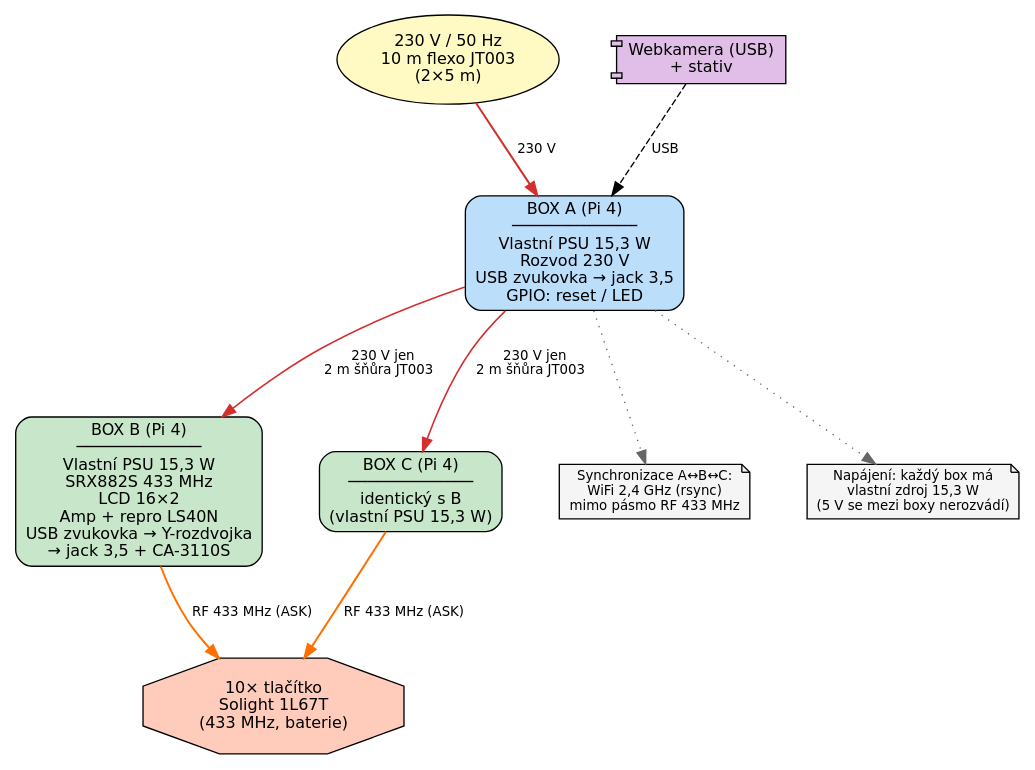
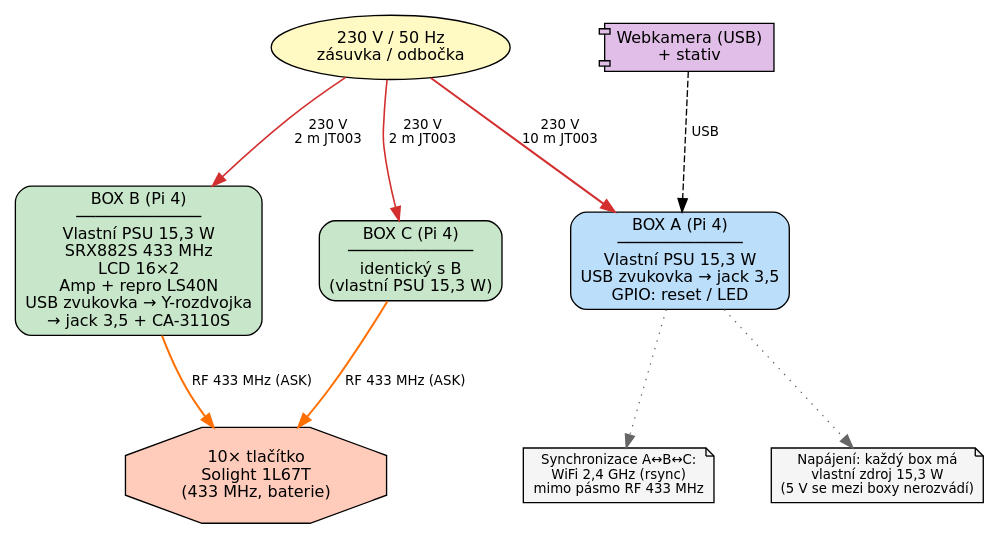
Before and after one commit to K0F/1938_ABC: the diagram in docs/dot/sch_01_system_block.dot, drawn with Graphviz. The commit also changed 8 other files, not shown here.

```diff
--- a/docs/dot/sch_01_system_block.dot
+++ b/docs/dot/sch_01_system_block.dot
@@ -1,32 +1,32 @@
 // SCH §1 — Blokové schéma systému
 digraph G {
     graph [fontname="DejaVu Sans" rankdir=TB bgcolor="white" nodesep=0.6 ranksep=0.8];
 node [fontname="DejaVu Sans" fontsize=12 style="filled"];
 edge [fontname="DejaVu Sans" fontsize=10];
 
 // 230V source
-net230v [label="230 V / 50 Hz\n10 m flexo JT003\n(2×5 m)" shape=oval fillcolor="#fff9c4"];
+net230v [label="230 V / 50 Hz\nzásuvka / odbočka" shape=oval fillcolor="#fff9c4"];
 
 // Boxes
-boxA [label="BOX A (Pi 4)\n─────────────\nVlastní PSU 15,3 W\nRozvod 230 V\nUSB zvukovka → jack 3,5\nGPIO: reset / LED" shape=box style="filled,rounded" fillcolor="#bbdefb"];
+boxA [label="BOX A (Pi 4)\n─────────────\nVlastní PSU 15,3 W\nUSB zvukovka → jack 3,5\nGPIO: reset / LED" shape=box style="filled,rounded" fillcolor="#bbdefb"];
 boxB [label="BOX B (Pi 4)\n─────────────\nVlastní PSU 15,3 W\nSRX882S 433 MHz\nLCD 16×2\nAmp + repro LS40N\nUSB zvukovka → Y-rozdvojka\n→ jack 3,5 + CA-3110S" shape=box style="filled,rounded" fillcolor="#c8e6c9"];
 boxC [label="BOX C (Pi 4)\n─────────────\nidentický s B\n(vlastní PSU 15,3 W)" shape=box style="filled,rounded" fillcolor="#c8e6c9"];
 
 // Peripherals
 webkamera [label="Webkamera (USB)\n+ stativ" shape=component fillcolor="#e1bee7"];
 tlačítka [label="10× tlačítko\nSolight 1L67T\n(433 MHz, baterie)" shape=octagon fillcolor="#ffccbc"];
 
-// Edges
-net230v -> boxA [label="  230 V  " color="#d32f2f" penwidth=1.5];
-boxA -> boxB [label="  230 V jen\n  2 m šňůra JT003  " color="#d32f2f" penwidth=1.2];
-boxA -> boxC [label="  230 V jen\n  2 m šňůra JT003  " color="#d32f2f" penwidth=1.2];
+// Edges — každý box jde do zásuvky 230 V samostatně (paralelně)
+net230v -> boxA [label="  230 V  \n  10 m JT003  " color="#d32f2f" penwidth=1.5];
+net230v -> boxB [label="  230 V  \n  2 m JT003  " color="#d32f2f" penwidth=1.2];
+net230v -> boxC [label="  230 V  \n  2 m JT003  " color="#d32f2f" penwidth=1.2];
 webkamera -> boxA [label="  USB  " style=dashed];
 boxB -> tlačítka [label="  RF 433 MHz (ASK)  " color="#ff6f00" penwidth=1.5 style=bold];
 boxC -> tlačítka [label="  RF 433 MHz (ASK)  " color="#ff6f00" penwidth=1.5 style=bold];
 
 // Notes
 sync [label="Synchronizace A↔B↔C:\nWiFi 2,4 GHz (rsync)\nmimo pásmo RF 433 MHz" shape=note fillcolor="#f5f5f5" fontsize=10];
 boxA -> sync [style=dotted color="#666666"];
 napajeni [label="Napájení: každý box má\nvlastní zdroj 15,3 W\n(5 V se mezi boxy nerozvádí)" shape=note fillcolor="#f5f5f5" fontsize=10];
 boxA -> napajeni [style=dotted color="#666666"];
 }
```
